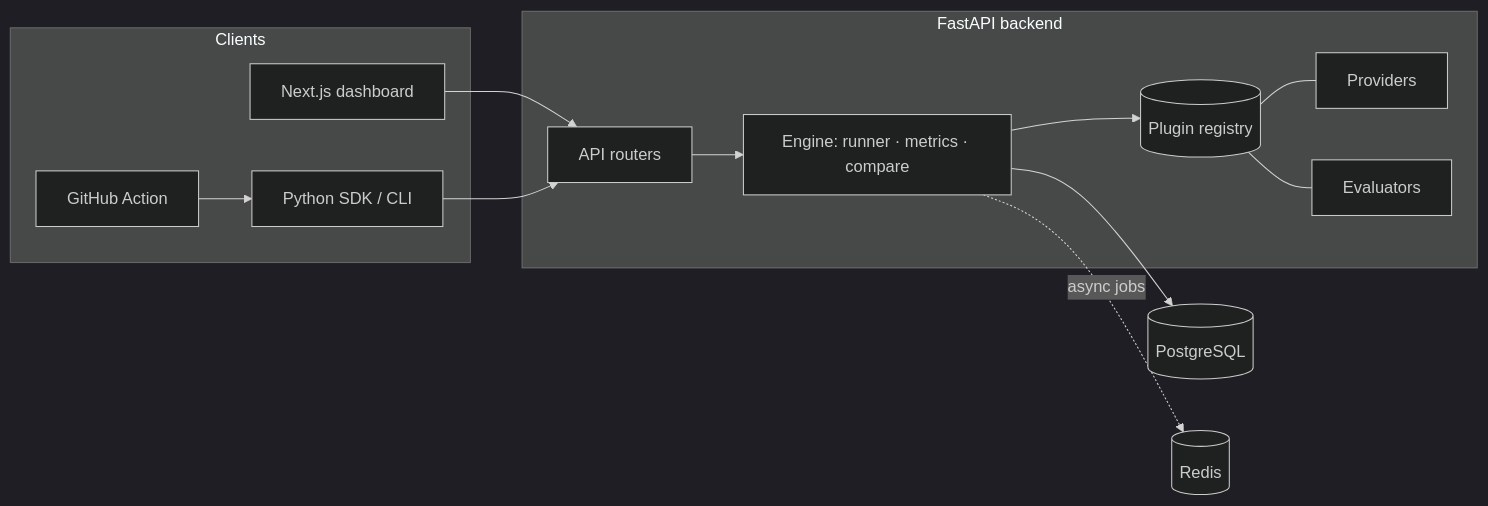
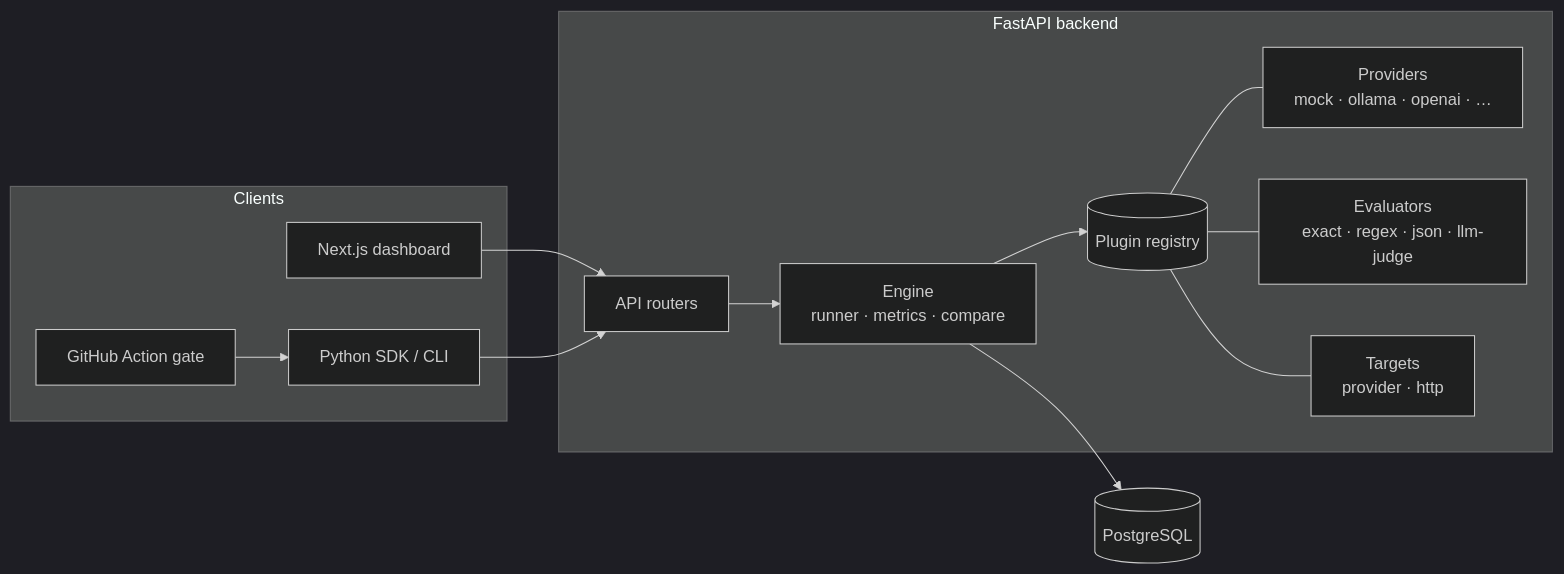
Before and after one commit to oussamaelbourakadi/litmus: the diagram in README.md, drawn with Mermaid (dark theme). The commit also changed other lines of this file and 2 other files, not shown here.

````diff
--- a/README.md
+++ b/README.md
@@ -49,27 +58,27 @@
 ```mermaid
 flowchart LR
     subgraph Clients
       UI[Next.js dashboard]
-      SDK[Python SDK / CLI]
-      GHA[GitHub Action]
+      CLI[Python SDK / CLI]
+      GHA[GitHub Action gate]
     end
     subgraph Backend[FastAPI backend]
       API[API routers]
-      ENG[Engine: runner · metrics · compare]
+      ENG[Engine<br/>runner · metrics · compare]
       REG[(Plugin registry)]
-      PROV[Providers]
-      EVAL[Evaluators]
+      PROV[Providers<br/>mock · ollama · openai · …]
+      EVAL[Evaluators<br/>exact · regex · json · llm-judge]
+      TGT[Targets<br/>provider · http]
     end
     DB[(PostgreSQL)]
-    REDIS[(Redis)]
 
     UI --> API
-    SDK --> API
-    GHA --> SDK
+    CLI --> API
+    GHA --> CLI
     API --> ENG
     ENG --> REG
     REG --- PROV
     REG --- EVAL
+    REG --- TGT
     ENG --> DB
-    ENG -. async jobs .-> REDIS
 ```
````
